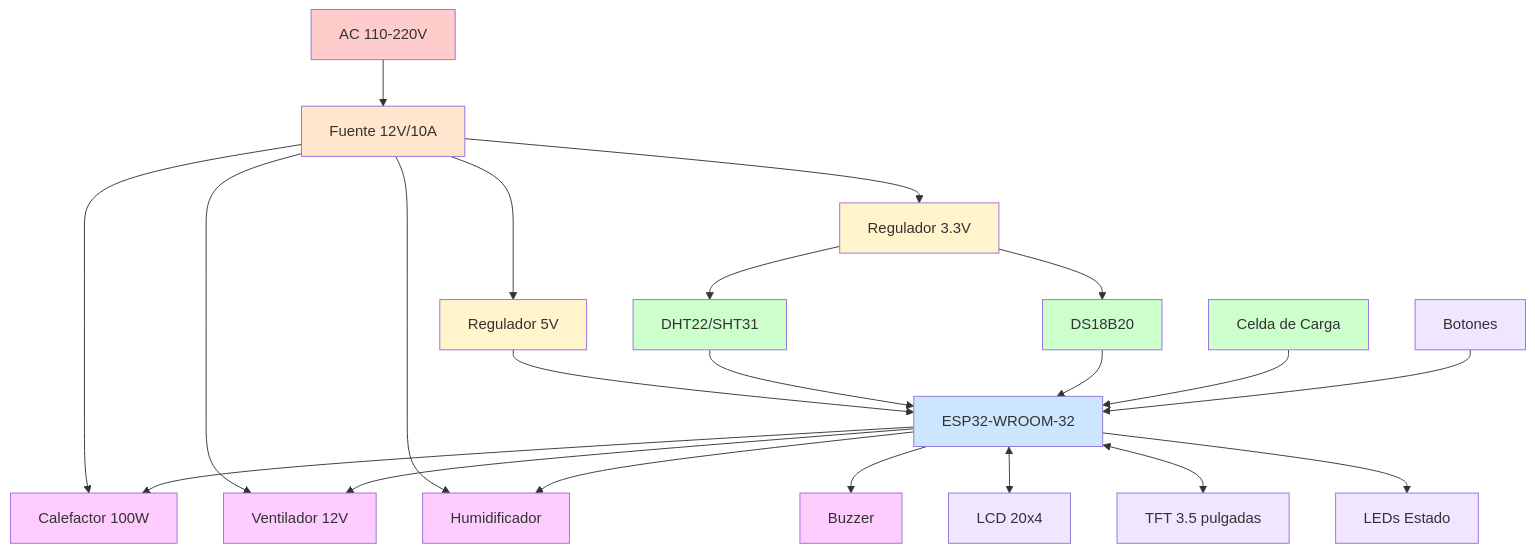
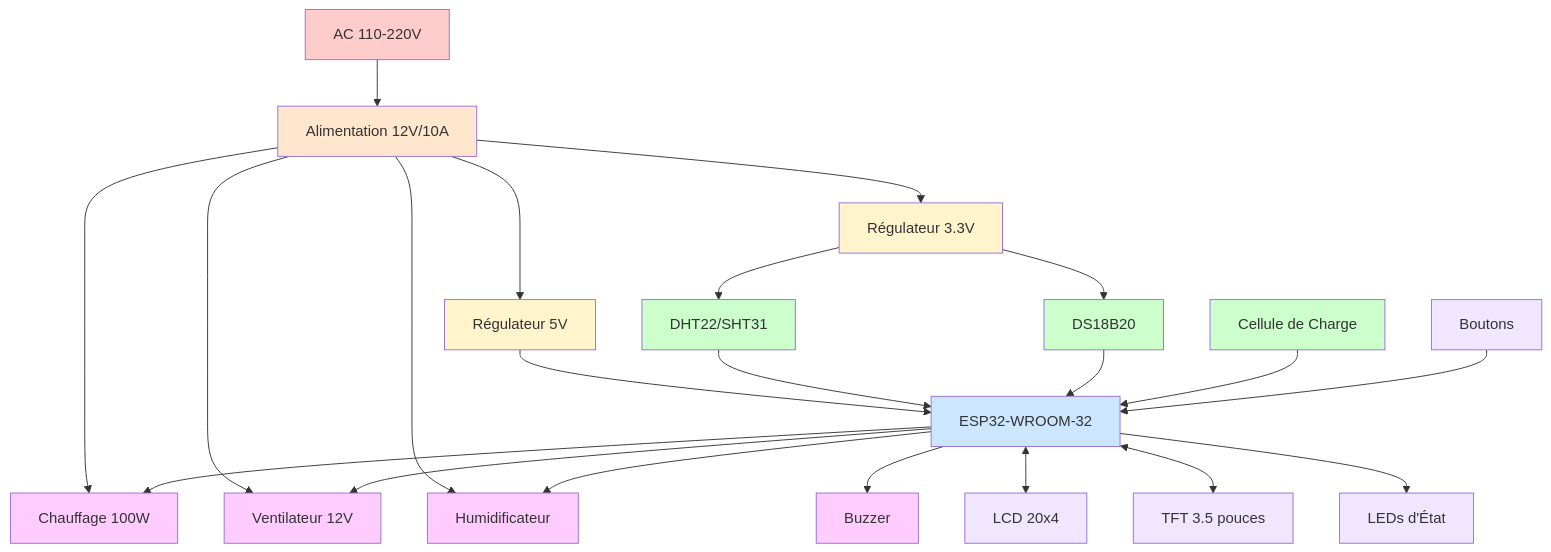
Before and after one commit to medicalopenworld/IncuNest-Docs: the diagram in docs/i18n/fr/docusaurus-plugin-content-docs/version-14.12/hardware/overview.md, drawn with Mermaid. The commit also changed 2 other files, not shown here.

Commit message:
Translate hardware diagram labels to native languages (en, pt, fr)

````diff
--- a/docs/i18n/fr/docusaurus-plugin-content-docs/version-14.12/hardware/overview.md
+++ b/docs/i18n/fr/docusaurus-plugin-content-docs/version-14.12/hardware/overview.md
@@ -23,45 +23,45 @@
 ```mermaid
 graph TB
-    AC[AC 110-220V] --> PSU[Fuente 12V/10A]
-    PSU --> VREG5[Regulador 5V]
-    PSU --> VREG3[Regulador 3.3V]
+    AC[AC 110-220V] --> PSU[Alimentation 12V/10A]
+    PSU --> VREG5[Régulateur 5V]
+    PSU --> VREG3[Régulateur 3.3V]
     
     VREG5 --> ESP32[ESP32-WROOM-32]
     VREG3 --> TEMP1
     VREG3 --> TEMP2
     
-    PSU --> HEATER[Calefactor 100W]
-    PSU --> FAN[Ventilador 12V]
-    PSU --> HUMID[Humidificador]
+    PSU --> HEATER[Chauffage 100W]
+    PSU --> FAN[Ventilateur 12V]
+    PSU --> HUMID[Humidificateur]
     
     TEMP1[DHT22/SHT31] --> ESP32
     TEMP2[DS18B20] --> ESP32
-    WEIGHT[Celda de Carga] --> ESP32
+    WEIGHT[Cellule de Charge] --> ESP32
     
     ESP32 --> HEATER
     ESP32 --> FAN
     ESP32 --> HUMID
     ESP32 --> BUZ[Buzzer]
     
     ESP32 <--> LCD[LCD 20x4]
-    ESP32 <--> TFT[TFT 3.5 pulgadas]
-    ESP32 --> LED[LEDs Estado]
-    BTN[Botones] --> ESP32
+    ESP32 <--> TFT[TFT 3.5 pouces]
+    ESP32 --> LED[LEDs d'État]
+    BTN[Boutons] --> ESP32
     
     style AC fill:#ffcccc
     style PSU fill:#ffe6cc
     style VREG5 fill:#fff4cc
     style VREG3 fill:#fff4cc
     style ESP32 fill:#cce6ff
     style HEATER fill:#ffccff
     style FAN fill:#ffccff
     style HUMID fill:#ffccff
     style BUZ fill:#ffccff
     style TEMP1 fill:#ccffcc
     style TEMP2 fill:#ccffcc
     style WEIGHT fill:#ccffcc
     style LCD fill:#f0e6ff
     style TFT fill:#f0e6ff
     style LED fill:#f0e6ff
     style BTN fill:#f0e6ff
 ```
````
